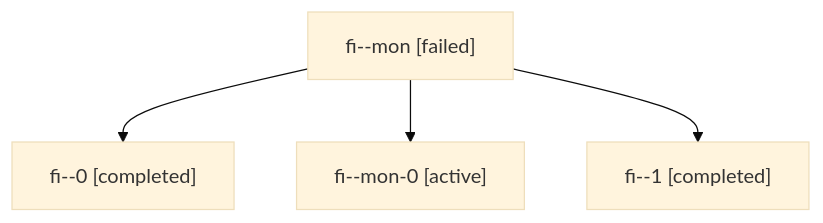
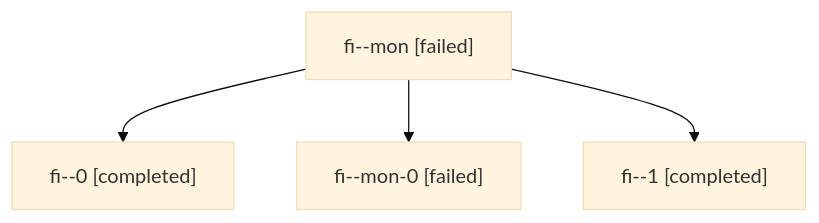
One commit to bobs-org/bob-cli--agents changed the diagram in sessions/bbugyi200.apollo.fi.md. Above: the diagram before and after it, drawn with Mermaid (base theme). The commit also changed other lines of this file and 5 other files, not shown here.

````diff
--- a/sessions/bbugyi200.apollo.fi.md
+++ b/sessions/bbugyi200.apollo.fi.md
@@ -9,10 +9,10 @@
 ```mermaid
 flowchart TD
   n0["fi--mon [failed]"]
   n1["fi--0 [completed]"]
   n0 --> n1
-  n2["fi--mon-0 [active]"]
+  n2["fi--mon-0 [failed]"]
   n0 --> n2
   n3["fi--1 [completed]"]
   n0 --> n3
 ```
````
